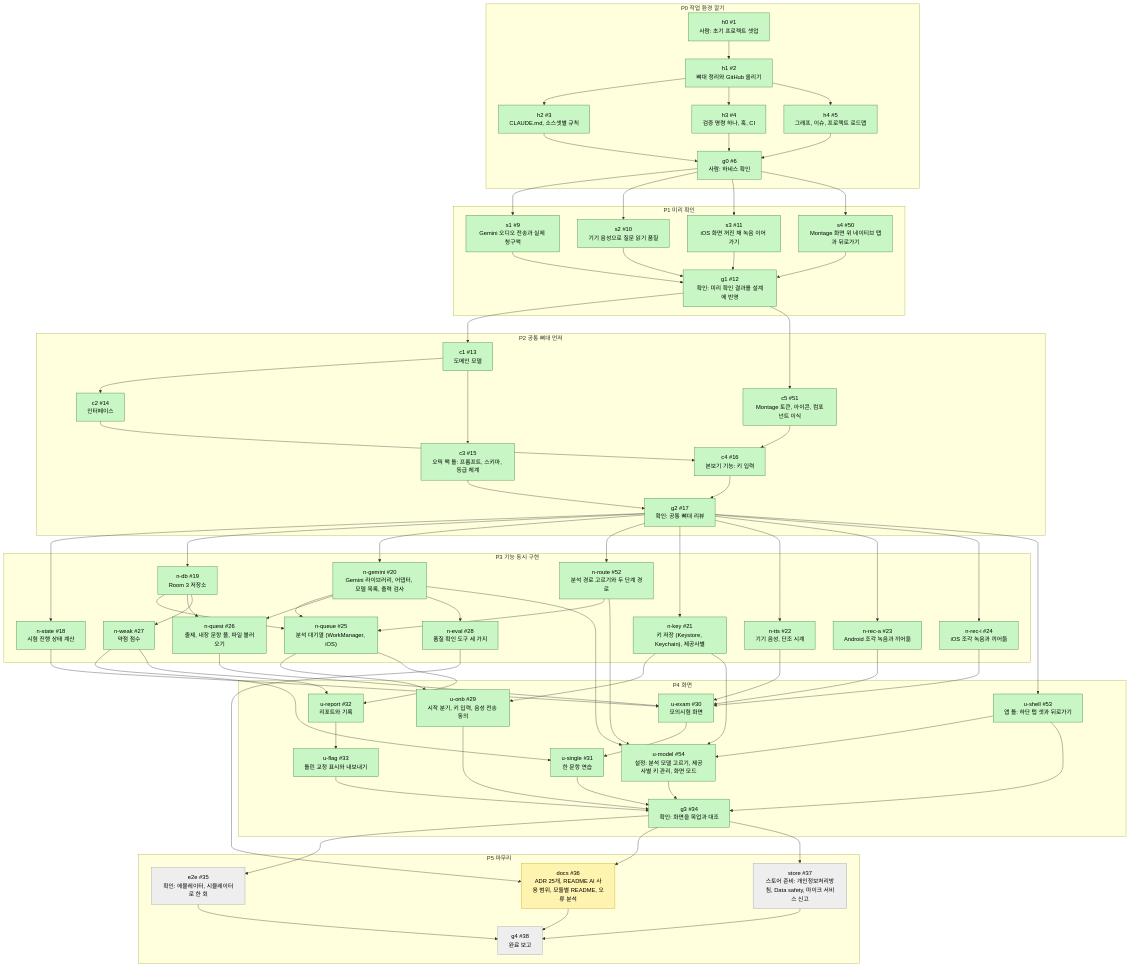
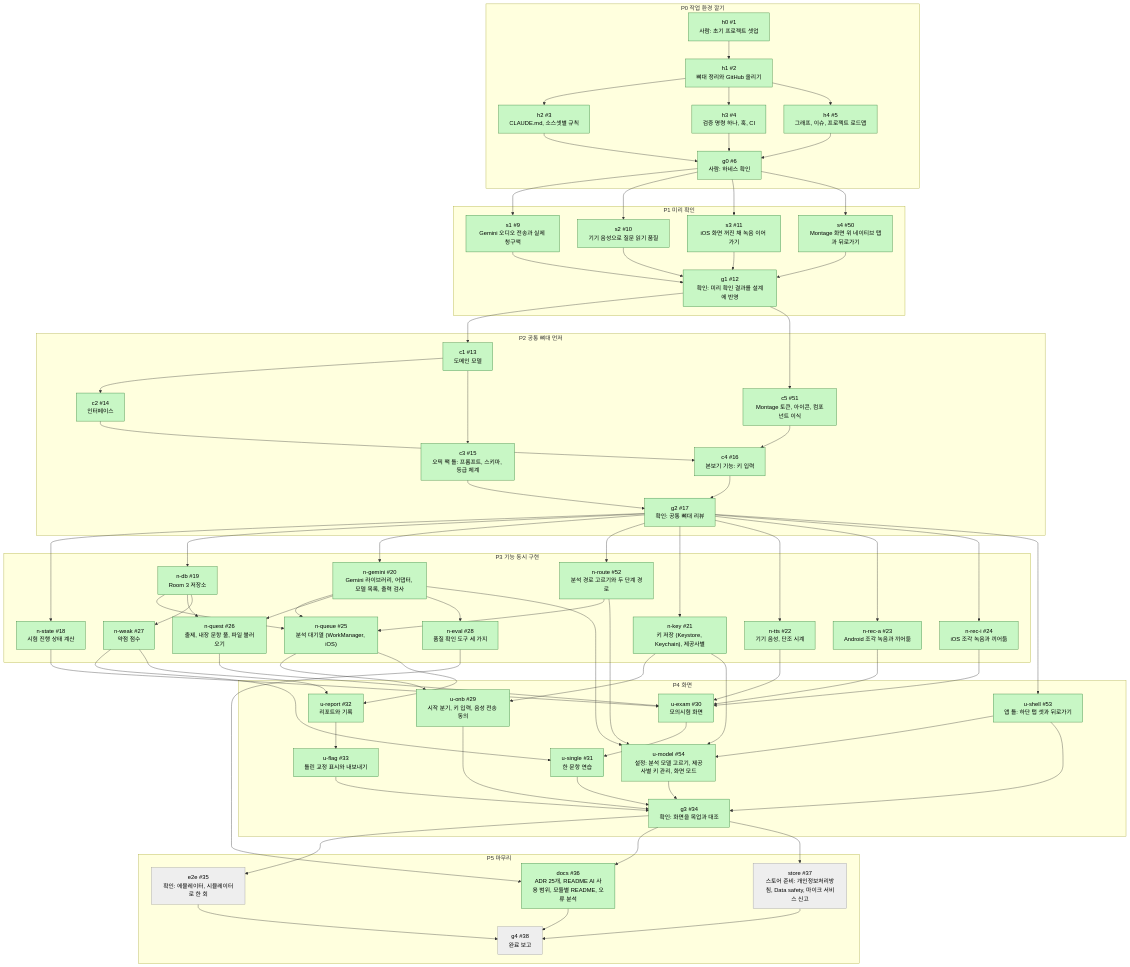
The first of 2 diagrams in docs/graph/dev-graph.md (nosorae/AiOpicSelfStudy), drawn with Mermaid before and after one commit. The commit also changed other lines of this file and 1 other file, not shown here.

Commit message:
[docs] 그래프에서 docs 를 done 으로 바꿨다 (#36)

````diff
--- a/docs/graph/dev-graph.md
+++ b/docs/graph/dev-graph.md
@@ -129,8 +129,7 @@
   classDef todo fill:#eeeeee,stroke:#999999,color:#000
   class e2e,store,g4 todo
   classDef doing fill:#fff3b0,stroke:#d4a017,color:#000
-  class docs doing
   classDef done fill:#c8f7c5,stroke:#2e7d32,color:#000
-  class h0,h1,h2,h3,h4,g0,s1,s2,s3,s4,g1,c1,c2,c3,c5,c4,g2,n_state,n_db,n_gemini,n_route,n_key,n_tts,n_rec_a,n_rec_i,n_queue,n_quest,n_weak,n_eval,u_onb,u_shell,u_exam,u_single,u_report,u_flag,u_model,g3 done
+  class h0,h1,h2,h3,h4,g0,s1,s2,s3,s4,g1,c1,c2,c3,c5,c4,g2,n_state,n_db,n_gemini,n_route,n_key,n_tts,n_rec_a,n_rec_i,n_queue,n_quest,n_weak,n_eval,u_onb,u_shell,u_exam,u_single,u_report,u_flag,u_model,g3,docs done
   classDef blocked fill:#ffcdd2,stroke:#c62828,color:#000
 ```
````
